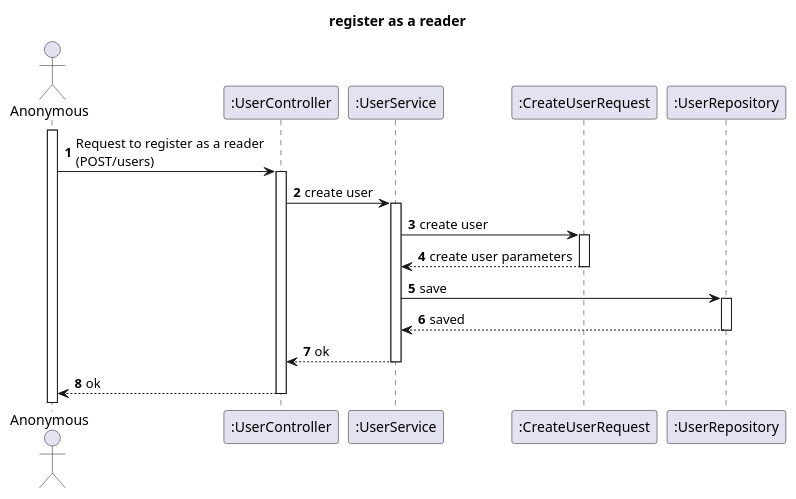
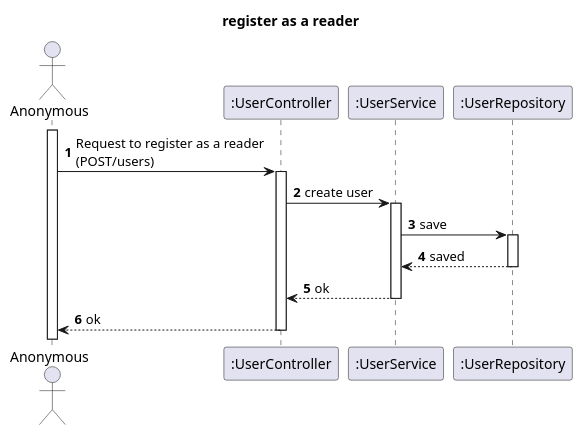
Before and after one commit to GODinho211/psoft-project-G2: the diagram in docs/Phase_1/WP_3A/US011/US011-SD.puml, drawn with PlantUML. The commit also changed 4 other files, not shown here.

```diff
--- a/docs/Phase_1/WP_3A/US011/US011-SD.puml
+++ b/docs/Phase_1/WP_3A/US011/US011-SD.puml
@@ -1,31 +1,28 @@
 @startuml
 'https://SubscriptionServicetuml.com/sequence-diagram
 
 
 
 autoactivate on
 autonumber
 
 title register as a reader
 
 actor "Anonymous" as User
 
 participant ":UserController" as Ctrl
 participant ":UserService" as srv
-participant ":CreateUserRequest" as model
 participant ":UserRepository" as repo
 
 activate User
 
 
 
 User -> Ctrl: Request to register as a reader\n(POST/users)
 Ctrl -> srv: create user
-srv -> model: create user
-model --> srv: create user parameters
 srv -> repo: save
 repo --> srv: saved
 srv --> Ctrl: ok
 Ctrl --> User: ok
 
 @enduml
```
